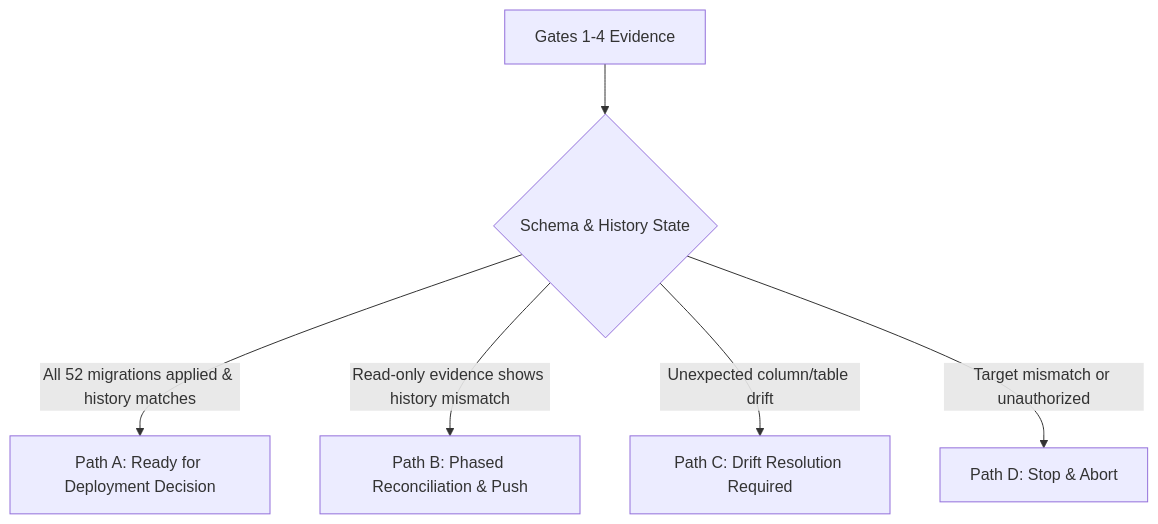
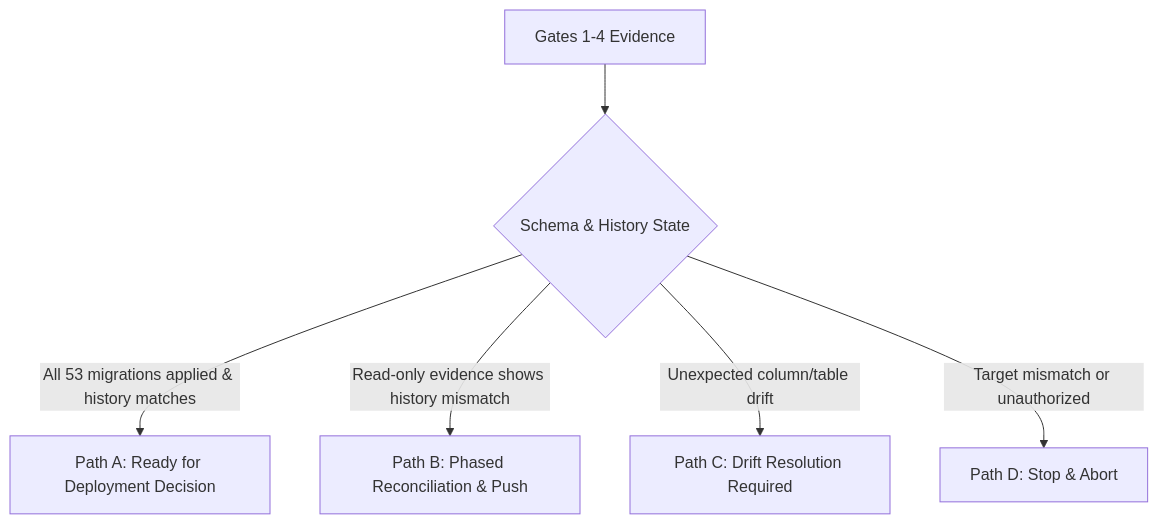
The diagram in infra/supabase/staging-reconciliation-runbook.md (acmis1/capstone-impact-platform), drawn with Mermaid before and after one commit. The commit also changed other lines of this file and 77 other files, not shown here.

````diff
--- a/infra/supabase/staging-reconciliation-runbook.md
+++ b/infra/supabase/staging-reconciliation-runbook.md
@@ -237,8 +238,8 @@
 ```mermaid
 flowchart TD
     G[Gates 1-4 Evidence] --> C{Schema & History State}
-    C -->|All 52 migrations applied & history matches| PA[Path A: Ready for Deployment Decision]
+    C -->|All 53 migrations applied & history matches| PA[Path A: Ready for Deployment Decision]
     C -->|Read-only evidence shows history mismatch| PB[Path B: Phased Reconciliation & Push]
     C -->|Unexpected column/table drift| PC[Path C: Drift Resolution Required]
     C -->|Target mismatch or unauthorized| PD[Path D: Stop & Abort]
 ```
````
